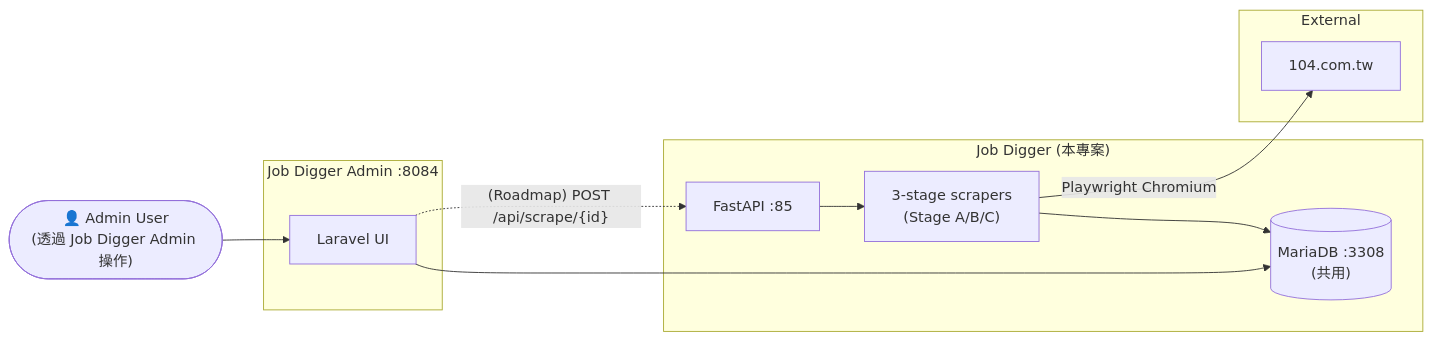
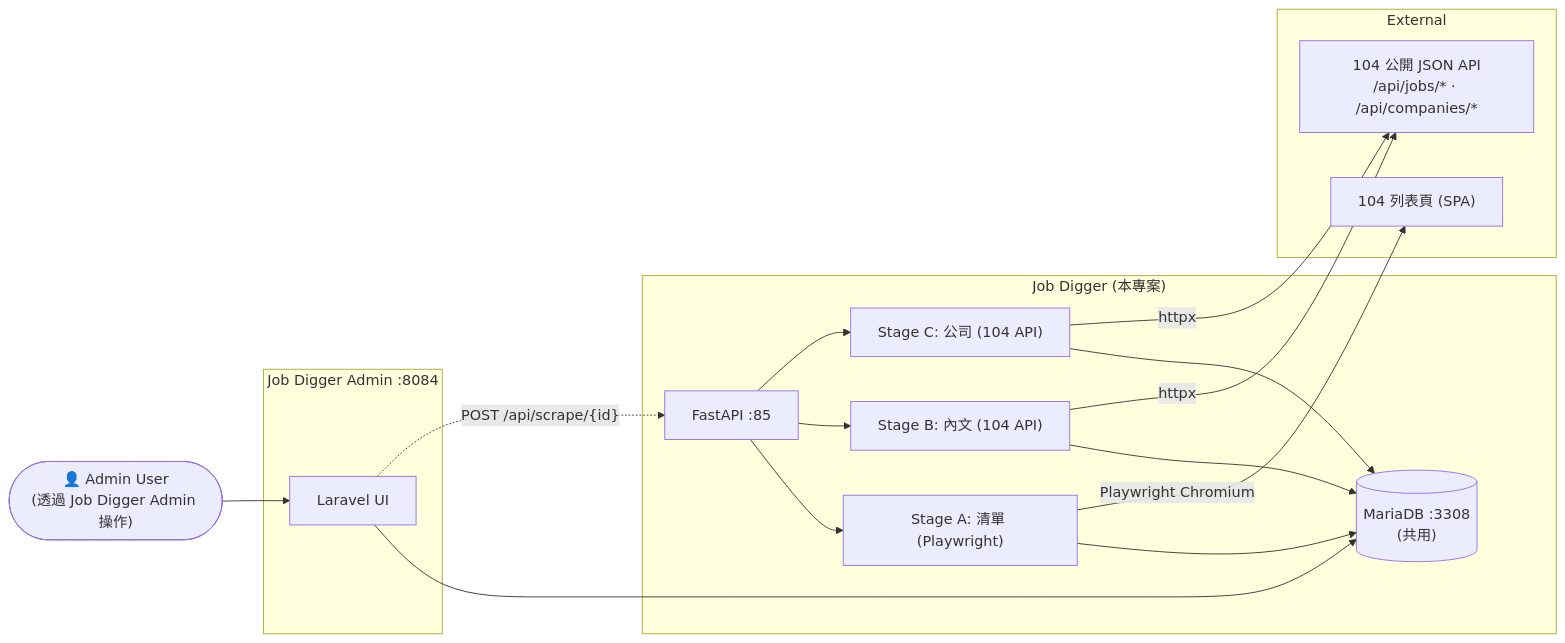
Before and after one commit to jacky0996/job_digger: the diagram in docs/overview.md, drawn with Mermaid. The commit also changed other lines of this file and 14 other files, not shown here.

````diff
--- a/docs/overview.md
+++ b/docs/overview.md
@@ -17,25 +19,34 @@
 ```mermaid
 flowchart LR
     actor_admin(["👤 Admin User<br/>(透過 Job Digger Admin 操作)"])
 
     subgraph admin["Job Digger Admin :8084"]
         ui["Laravel UI"]
     end
 
     subgraph digger["Job Digger (本專案)"]
         api["FastAPI :85"]
-        scrapers["3-stage scrapers<br/>(Stage A/B/C)"]
+        sa["Stage A: 清單 (Playwright)"]
+        sb["Stage B: 內文 (104 API)"]
+        sc["Stage C: 公司 (104 API)"]
         db[("MariaDB :3308<br/>(共用)")]
-        api --> scrapers
-        scrapers --> db
+        api --> sa
+        api --> sb
+        api --> sc
+        sa --> db
+        sb --> db
+        sc --> db
         ui --> db
     end
 
     subgraph external["External"]
-        site104["104.com.tw"]
+        site104_page["104 列表頁 (SPA)"]
+        site104_api["104 公開 JSON API<br/>/api/jobs/* · /api/companies/*"]
     end
 
     actor_admin --> ui
-    ui -. "(Roadmap) POST /api/scrape/{id}" .-> api
-    scrapers -- "Playwright Chromium" --> site104
+    ui -. "POST /api/scrape/{id}" .-> api
+    sa -- "Playwright Chromium" --> site104_page
+    sb -- "httpx" --> site104_api
+    sc -- "httpx" --> site104_api
 ```
````
